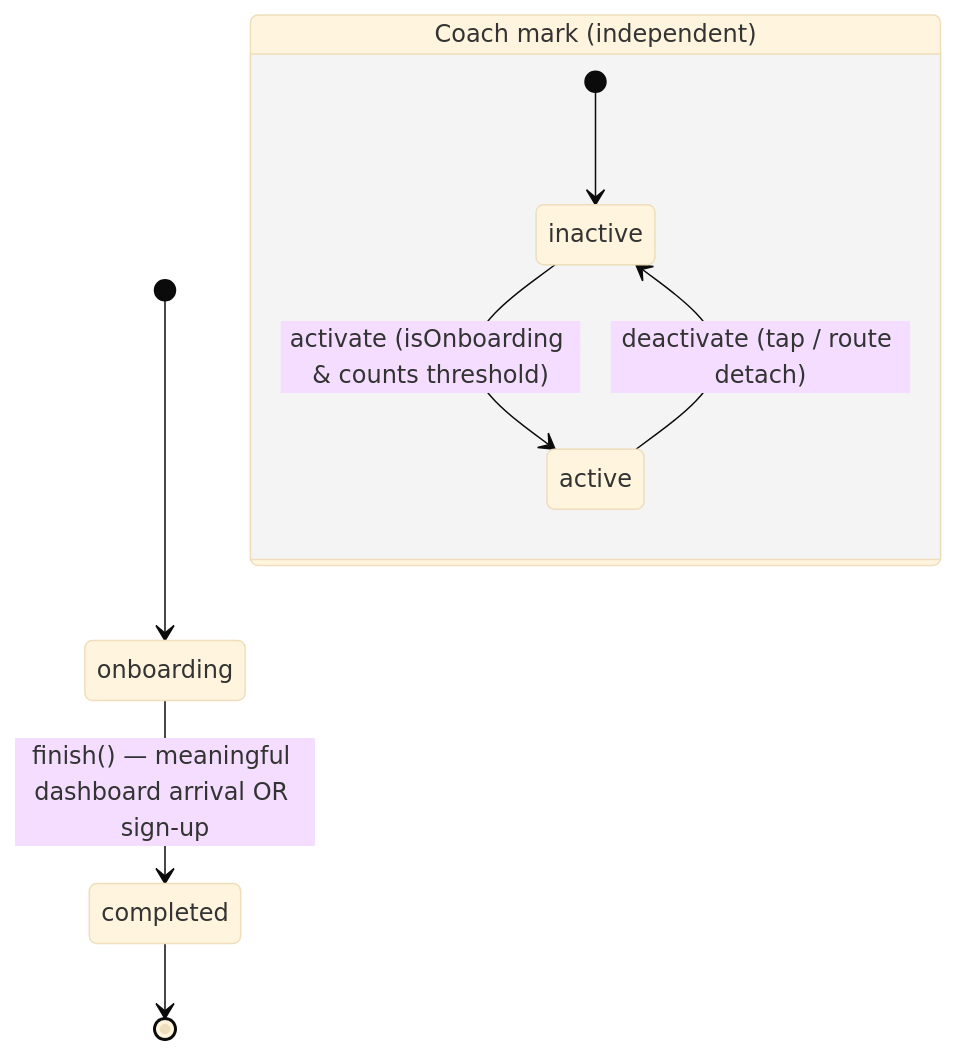
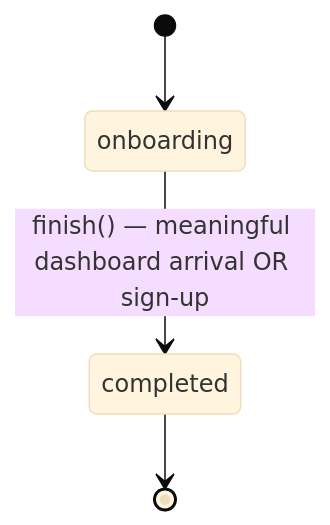
One commit to liverty-music/specification changed the diagram in openspec/specs/state-transition-diagram/spec.md. Above: the diagram before and after it, drawn with Mermaid (base theme). The commit also changed other lines of this file, not shown here.

First line of the commit message:
chore(openspec): rewrite state-transition-diagram into requirement/scenario format

````diff
--- a/openspec/specs/state-transition-diagram/spec.md
+++ b/openspec/specs/state-transition-diagram/spec.md
@@ -51,12 +18,6 @@
 ```mermaid
 stateDiagram-v2
     [*] --> onboarding
     onboarding --> completed : finish() — meaningful dashboard arrival OR sign-up
     completed --> [*]
-
-    state "Coach mark (independent)" as coachmark {
-        [*] --> inactive
-        inactive --> active : activate (isOnboarding & counts threshold)
-        active --> inactive : deactivate (tap / route detach)
-    }
 ```
````
